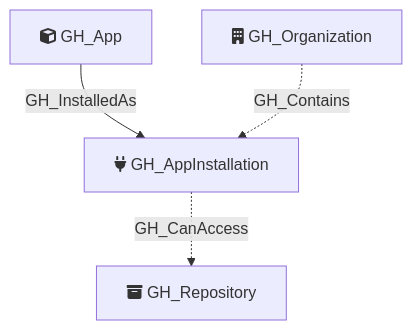
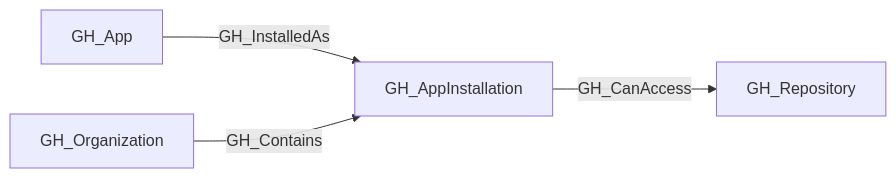
One commit to SpecterOps/bloodhound-docs changed the second of 2 diagrams in docs/opengraph/extensions/github/nodes/gh_appinstallation.mdx. Above: the diagram before and after it, drawn with Mermaid. The commit also changed other lines of this file and 292 other files, not shown here.

````diff
--- a/docs/opengraph/extensions/github/nodes/gh_appinstallation.mdx
+++ b/docs/opengraph/extensions/github/nodes/gh_appinstallation.mdx
@@ -57,12 +61,11 @@
 ```mermaid
-flowchart TD
-    GH_App[fa:fa-cube GH_App]
-    GH_Organization[fa:fa-building GH_Organization]
-    GH_AppInstallation[fa:fa-plug GH_AppInstallation]
-    GH_Repository[fa:fa-box-archive GH_Repository]
+flowchart LR
 
-    GH_App -->|GH_InstalledAs| GH_AppInstallation
-    GH_Organization -.->|GH_Contains| GH_AppInstallation
-    GH_AppInstallation -.->|GH_CanAccess| GH_Repository
-
+    GH_App["GH_App"]
+    GH_AppInstallation["GH_AppInstallation"]
+    GH_Organization["GH_Organization"]
+    GH_Repository["GH_Repository"]
+    GH_App -- GH_InstalledAs --> GH_AppInstallation
+    GH_AppInstallation -- GH_CanAccess --> GH_Repository
+    GH_Organization -- GH_Contains --> GH_AppInstallation
 ```
````
